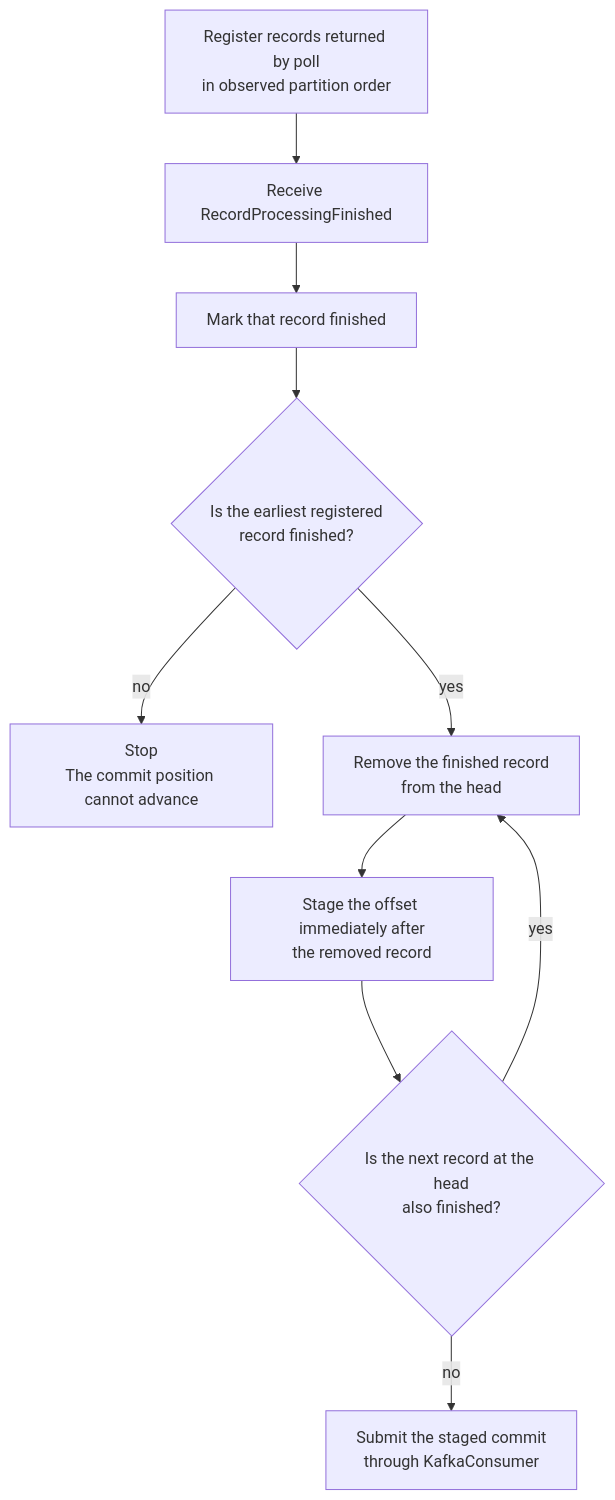
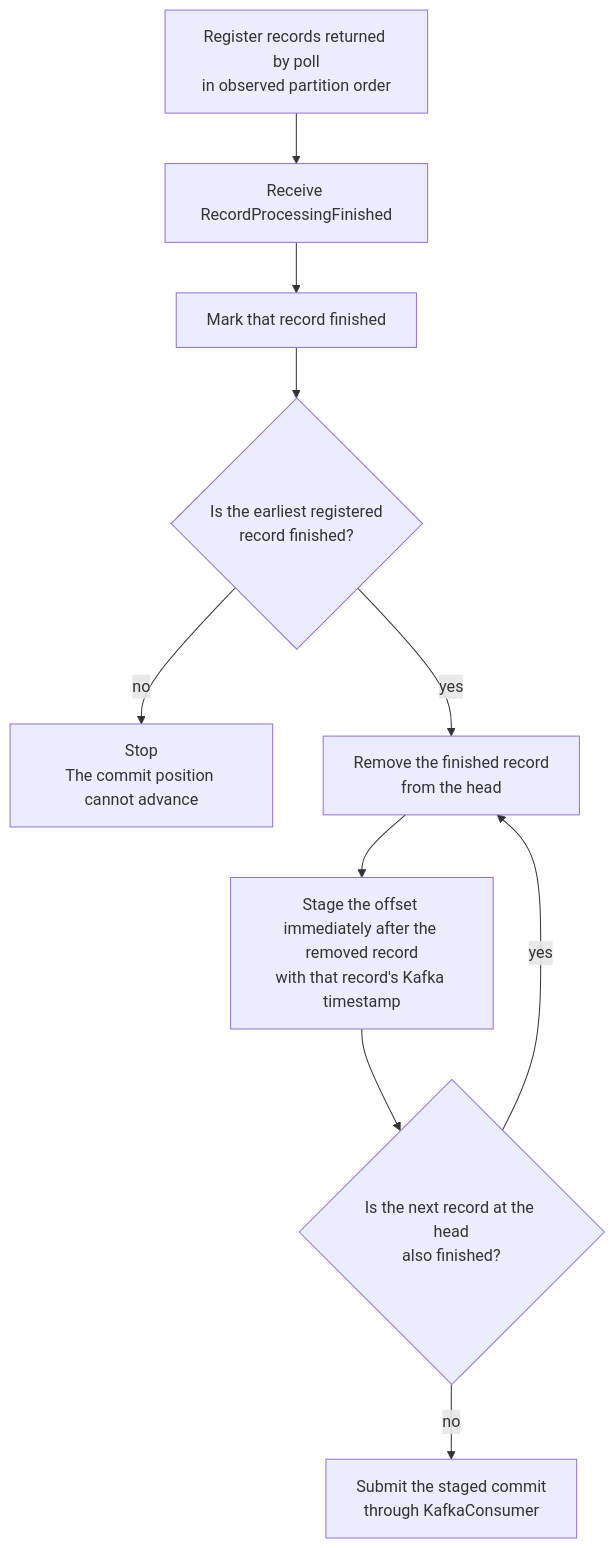
The fourth of 7 diagrams in docs/captureAndReplay/replayerProcessingAndCommitArchitecture.md (opensearch-project/opensearch-migrations), drawn with Mermaid before and after one commit. The commit also changed other lines of this file and 26 other files, not shown here.

````diff
--- a/docs/captureAndReplay/replayerProcessingAndCommitArchitecture.md
+++ b/docs/captureAndReplay/replayerProcessingAndCommitArchitecture.md
@@ -650,18 +650,18 @@
 ```mermaid
 flowchart TD
     A["Register records returned by poll<br/>in observed partition order"]
     B["Receive RecordProcessingFinished"]
     C["Mark that record finished"]
     D{"Is the earliest registered<br/>record finished?"}
     E["Stop<br/>The commit position cannot advance"]
     F["Remove the finished record<br/>from the head"]
-    G["Stage the offset immediately after<br/>the removed record"]
+    G["Stage the offset immediately after the removed record<br/>with that record's Kafka timestamp"]
     H{"Is the next record at the head<br/>also finished?"}
     I["Submit the staged commit<br/>through KafkaConsumer"]
 
     A --> B --> C --> D
     D -->|no| E
     D -->|yes| F --> G --> H
     H -->|yes| F
     H -->|no| I
 ```
````
